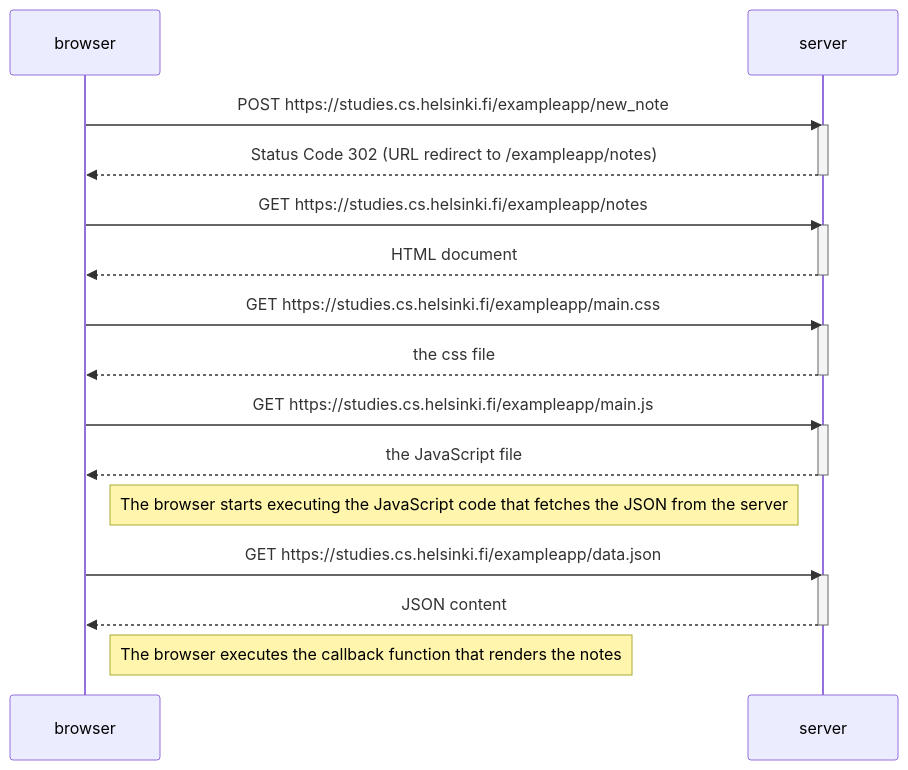
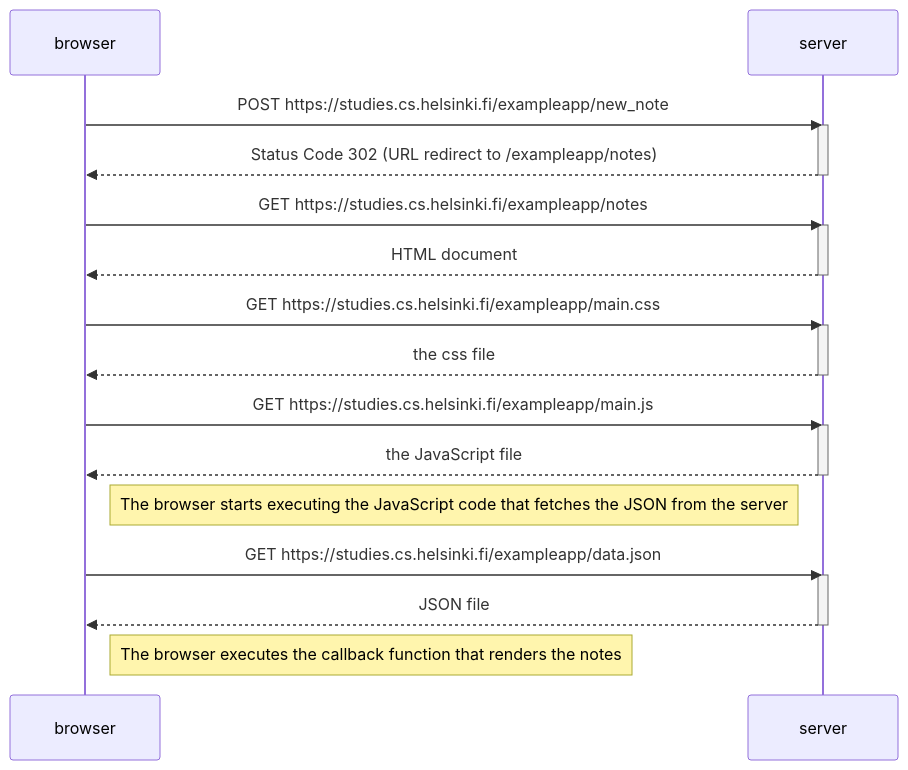
The diagram in part0/0.4.md (scottoli/fullstack), drawn with Mermaid before and after one commit.

````diff
--- a/part0/0.4.md
+++ b/part0/0.4.md
@@ -1,34 +1,34 @@
 ```mermaid
 sequenceDiagram
     participant browser
     participant server
 
     browser->>server: POST https://studies.cs.helsinki.fi/exampleapp/new_note
     activate server
     server-->>browser: Status Code 302 (URL redirect to /exampleapp/notes)
     deactivate server
 
     browser->>server: GET https://studies.cs.helsinki.fi/exampleapp/notes
     activate server
     server-->>browser: HTML document
     deactivate server
 
     browser->>server: GET https://studies.cs.helsinki.fi/exampleapp/main.css
     activate server
     server-->>browser: the css file
     deactivate server
 
     browser->>server: GET https://studies.cs.helsinki.fi/exampleapp/main.js
     activate server
     server-->>browser: the JavaScript file
     deactivate server
 
     Note right of browser: The browser starts executing the JavaScript code that fetches the JSON from the server
 
     browser->>server: GET https://studies.cs.helsinki.fi/exampleapp/data.json
     activate server
-    server-->>browser: JSON content
+    server-->>browser: JSON file
     deactivate server
 
     Note right of browser: The browser executes the callback function that renders the notes
 ```
````
